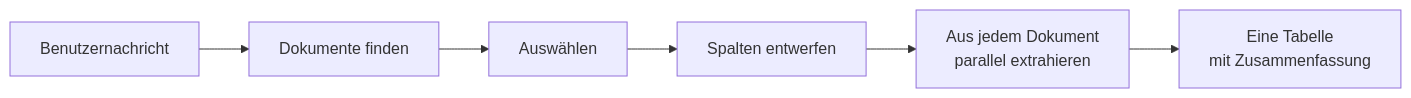
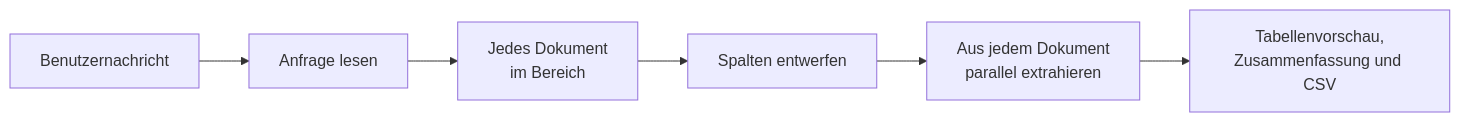
The diagram in docs/docs/2_platform/5_agents/14_knowledge_extraction_agent/index.de.md (bbvch-ai/aihub-core), drawn with Mermaid before and after one commit. The commit also changed other lines of this file and 134 other files, not shown here.

````diff
--- a/docs/docs/2_platform/5_agents/14_knowledge_extraction_agent/index.de.md
+++ b/docs/docs/2_platform/5_agents/14_knowledge_extraction_agent/index.de.md
@@ -25,8 +26,8 @@
 ```mermaid
 flowchart LR
-    A[Benutzernachricht] --> B[Dokumente finden]
-    B --> C[Auswählen]
+    A[Benutzernachricht] --> B[Anfrage lesen]
+    B --> C[Jedes Dokument<br/>im Bereich]
     C --> D[Spalten entwerfen]
     D --> E[Aus jedem Dokument<br/>parallel extrahieren]
-    E --> F[Eine Tabelle<br/>mit Zusammenfassung]
+    E --> F[Tabellenvorschau,<br/>Zusammenfassung und CSV]
 ```
````
